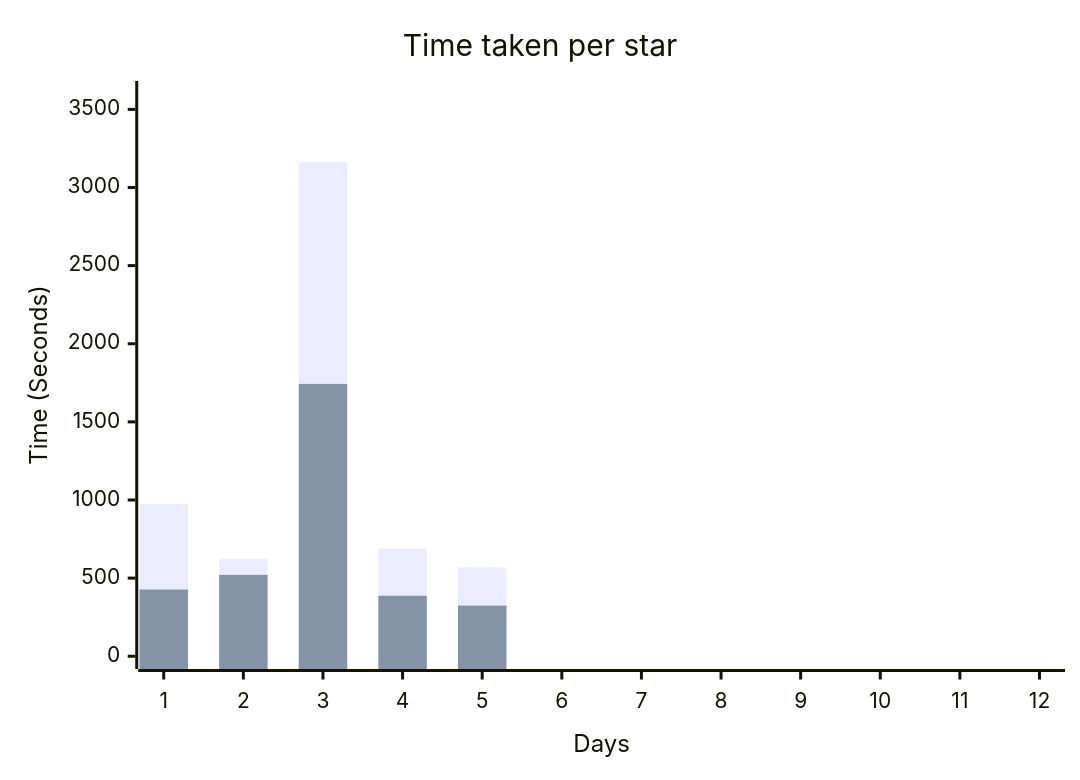
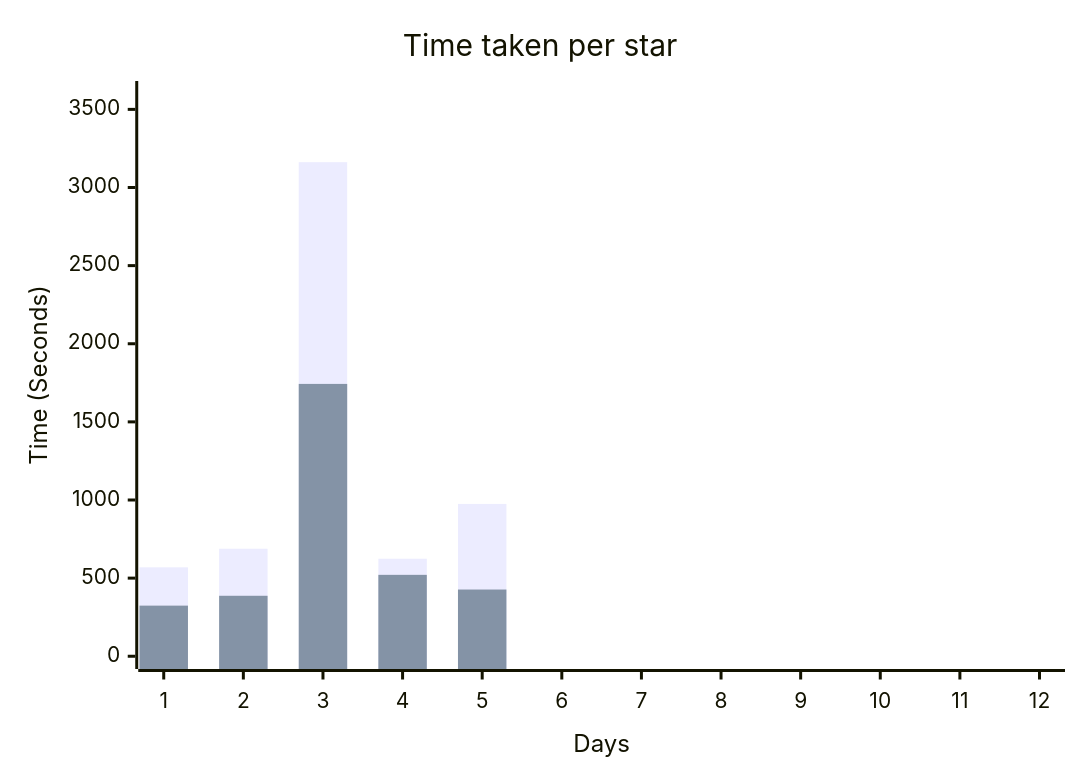
One commit to Voxed/aoc25 changed the diagram in readme.md. Above: the diagram before and after it, drawn with Mermaid.

Commit message:
Correct graph

````diff
--- a/readme.md
+++ b/readme.md
@@ -16,9 +16,9 @@
 ```mermaid
 xychart
     title "Time taken per star"
     x-axis "Days" [1,2,3,4,5,6,7,8,9,10,11,12]
     y-axis "Time (Seconds)" 0 --> 3600
-    bar [975, 624, 3162, 688, 569]
-    bar [427, 521, 1743, 387, 324]
+    bar [569, 688, 3162, 624, 975]
+    bar [324, 387, 1743, 521, 427]
     line [5000, 6000, 7500, 8200, 9500, 10500, 11000, 10200, 9200, 8500, 7000, 6000]
 ```
````
